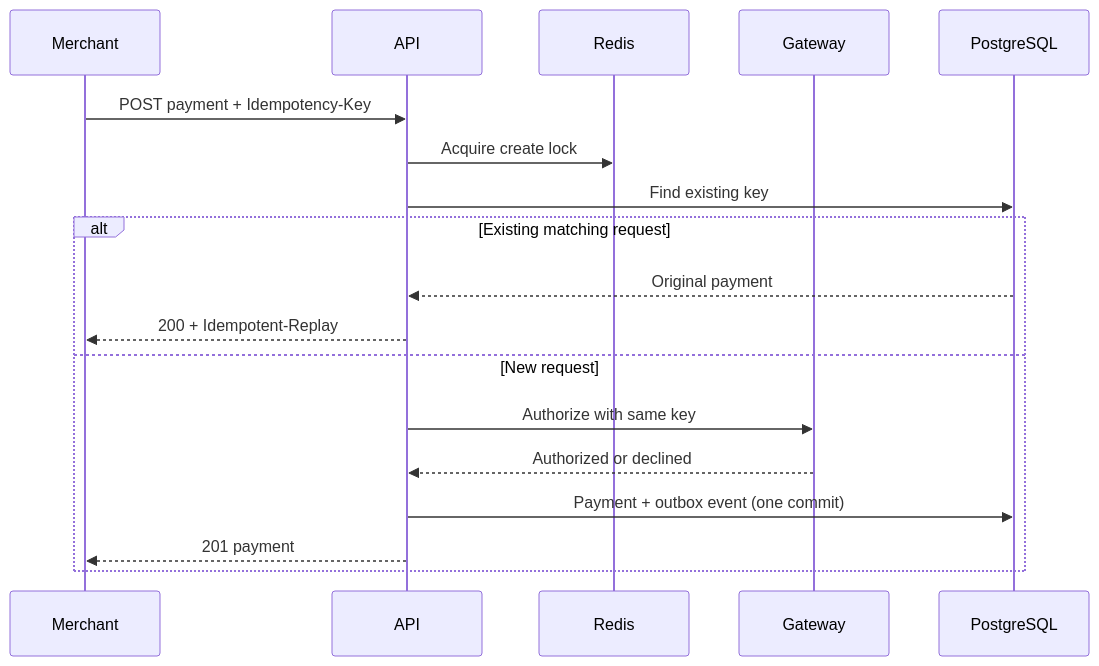
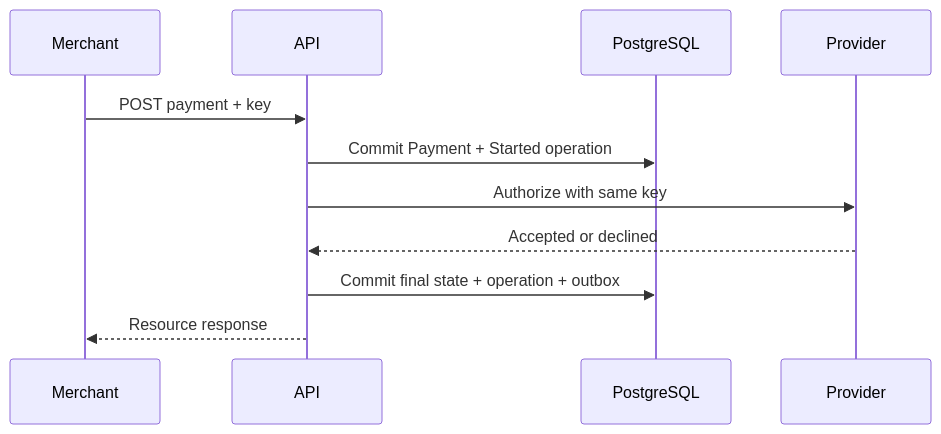
The third of 4 diagrams in docs/architecture.md (guneycangunay/SentinelPay), drawn with Mermaid before and after one commit. The commit also changed other lines of this file and 11 other files, not shown here.

Commit message:
docs: publish architecture threat model and runbook

````diff
--- a/docs/architecture.md
+++ b/docs/architecture.md
@@ -9,21 +51,14 @@
 ```mermaid
 sequenceDiagram
-    participant C as Merchant
+    participant M as Merchant
     participant A as API
-    participant R as Redis
-    participant G as Gateway
-    participant P as PostgreSQL
+    participant D as PostgreSQL
+    participant G as Provider
 
-    C->>A: POST payment + Idempotency-Key
-    A->>R: Acquire create lock
-    A->>P: Find existing key
-    alt Existing matching request
-        P-->>A: Original payment
-        A-->>C: 200 + Idempotent-Replay
-    else New request
-        A->>G: Authorize with same key
-        G-->>A: Authorized or declined
-        A->>P: Payment + outbox event (one commit)
-        A-->>C: 201 payment
-    end
+    M->>A: POST payment + key
+    A->>D: Commit Payment + Started operation
+    A->>G: Authorize with same key
+    G-->>A: Accepted or declined
+    A->>D: Commit final state + operation + outbox
+    A-->>M: Resource response
 ```
````
